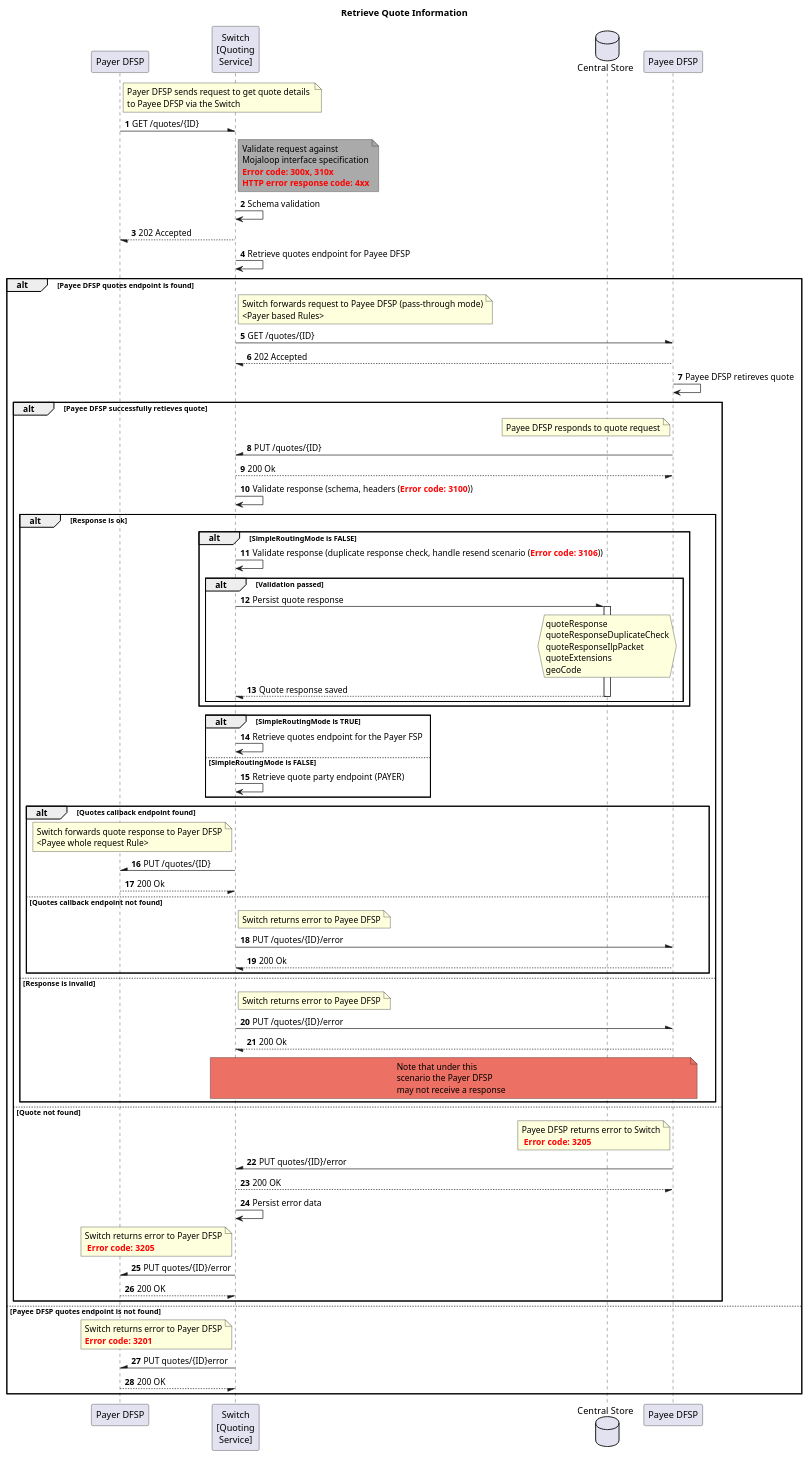
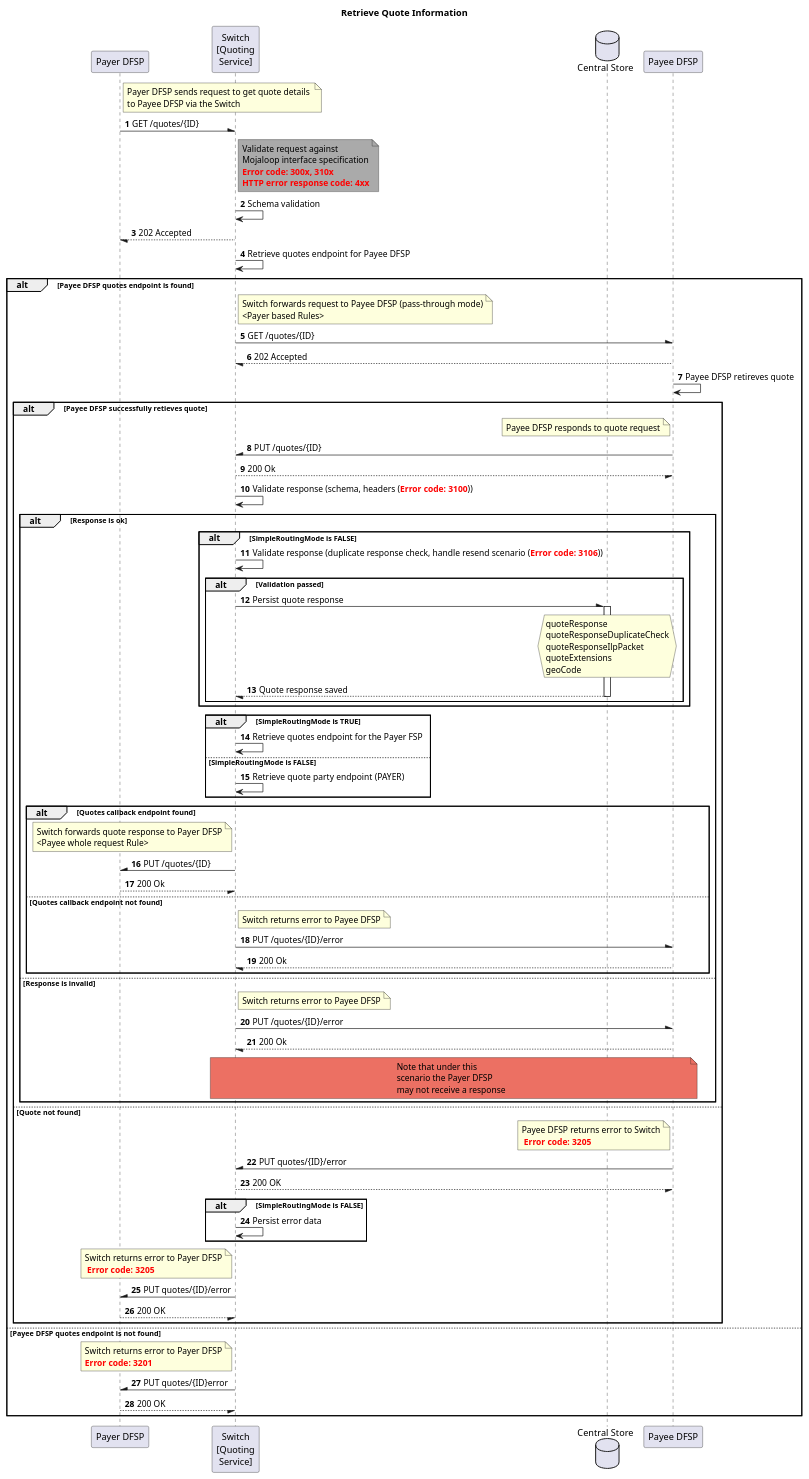
One commit to mojaloop/documentation changed the diagram in mojaloop-technical-overview/quoting-service/assets/diagrams/sequence/seq-get-quotes-1.1.0.plantuml. Above: the diagram before and after it, drawn with PlantUML. The commit also changed 3 other files, not shown here.

```diff
--- a/mojaloop-technical-overview/quoting-service/assets/diagrams/sequence/seq-get-quotes-1.1.0.plantuml
+++ b/mojaloop-technical-overview/quoting-service/assets/diagrams/sequence/seq-get-quotes-1.1.0.plantuml
@@ -1,84 +1,86 @@
 @startuml
 Title Retrieve Quote Information
 participant "Payer DFSP" as PayerDFSP
 participant "Switch\n[Quoting\nService]" as Switch
 database "Central Store" as DB
 participant "Payee DFSP" as PayeeDFSP
 autonumber
 note right of PayerDFSP: Payer DFSP sends request to get quote details \nto Payee DFSP via the Switch
 PayerDFSP -\ Switch: GET /quotes/{ID}
 note right of Switch #aaa
     Validate request against 
     Mojaloop interface specification
     **<color #red>Error code: 300x, 310x</color>**
     **<color #red>HTTP error response code: 4xx</color>**
 end note
 Switch -> Switch: Schema validation
 PayerDFSP \-- Switch: 202 Accepted
 Switch -> Switch: Retrieve quotes endpoint for Payee DFSP
 alt Payee DFSP quotes endpoint is found
     note right of Switch: Switch forwards request to Payee DFSP (pass-through mode)\n<Payer based Rules> 
     Switch -\ PayeeDFSP: GET /quotes/{ID}
     PayeeDFSP --/ Switch: 202 Accepted
     PayeeDFSP -> PayeeDFSP: Payee DFSP retireves quote
     alt Payee DFSP successfully retieves quote
         note left of PayeeDFSP: Payee DFSP responds to quote request
         PayeeDFSP -\ Switch: PUT /quotes/{ID}
         Switch --/ PayeeDFSP: 200 Ok
         Switch -> Switch: Validate response (schema, headers (<color #red>**Error code: 3100**</color>))
         alt Response is ok
             alt SimpleRoutingMode is FALSE
                 Switch -> Switch: Validate response (duplicate response check, handle resend scenario (<color #red>**Error code: 3106**</color>))
                 alt Validation passed
                     Switch -\ DB: Persist quote response
                     activate DB
                         hnote over DB
                             quoteResponse
                             quoteResponseDuplicateCheck
                             quoteResponseIlpPacket
                             quoteExtensions
                             geoCode
                         end hnote
                     Switch \-- DB: Quote response saved
                     deactivate DB
                 end
             end
             alt SimpleRoutingMode is TRUE
                 Switch -> Switch: Retrieve quotes endpoint for the Payer FSP
             else SimpleRoutingMode is FALSE
                 Switch -> Switch: Retrieve quote party endpoint (PAYER)
             end
             alt Quotes callback endpoint found
                 note left of Switch: Switch forwards quote response to Payer DFSP\n<Payee \ whole request Rule>
                 Switch -\ PayerDFSP: PUT /quotes/{ID}
                 PayerDFSP --/ Switch: 200 Ok    
             else Quotes callback endpoint not found
                 note right of Switch: Switch returns error to Payee DFSP
                 Switch -\ PayeeDFSP: PUT /quotes/{ID}/error
                 PayeeDFSP --/ Switch : 200 Ok
             end
         else Response is invalid
             note right of Switch: Switch returns error to Payee DFSP
             Switch -\ PayeeDFSP: PUT /quotes/{ID}/error
             PayeeDFSP --/ Switch : 200 Ok
             note over Switch, PayeeDFSP #ec7063: Note that under this\nscenario the Payer DFSP\nmay not receive a response
         end
 
     else Quote not found
         note left of PayeeDFSP: Payee DFSP returns error to Switch\n <color #red>**Error code: 3205**</color>
         PayeeDFSP -\ Switch: PUT quotes/{ID}/error
         Switch --/ PayeeDFSP: 200 OK
-        Switch -> Switch: Persist error data
+        alt SimpleRoutingMode is FALSE
+            Switch -> Switch: Persist error data
+        end
         note left of Switch: Switch returns error to Payer DFSP\n <color #red>**Error code: 3205**</color>
         Switch -\ PayerDFSP: PUT quotes/{ID}/error
         PayerDFSP --/ Switch: 200 OK
     end
 else Payee DFSP quotes endpoint is not found
     note left of Switch
         Switch returns error to Payer DFSP
         **<color #red>Error code: 3201</color>**
     end note
     PayerDFSP /- Switch: PUT quotes/{ID}error
     PayerDFSP --/ Switch: 200 OK
 end
 @enduml
```
